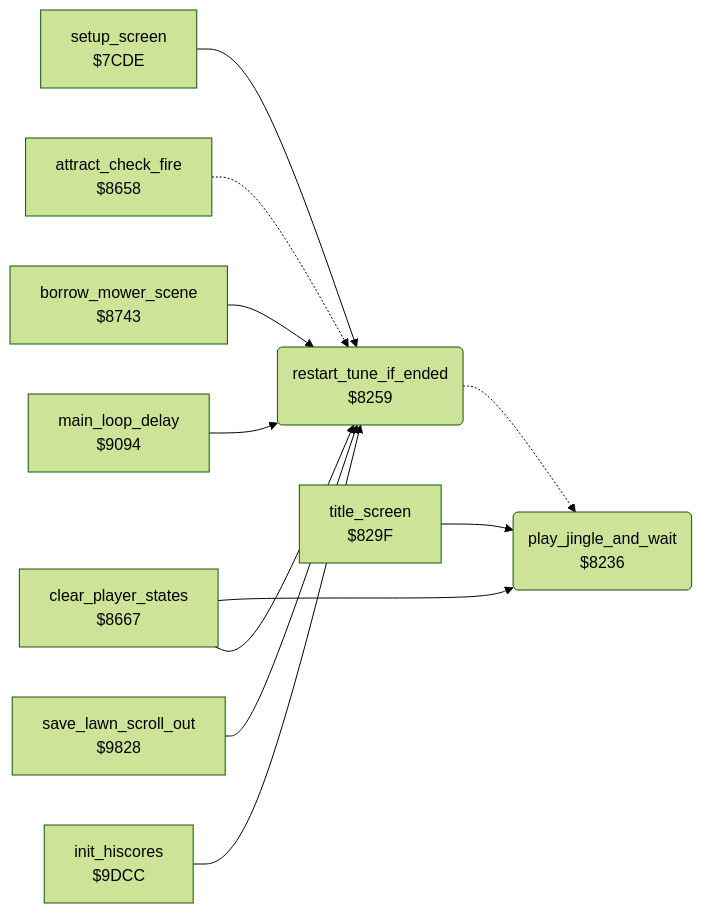
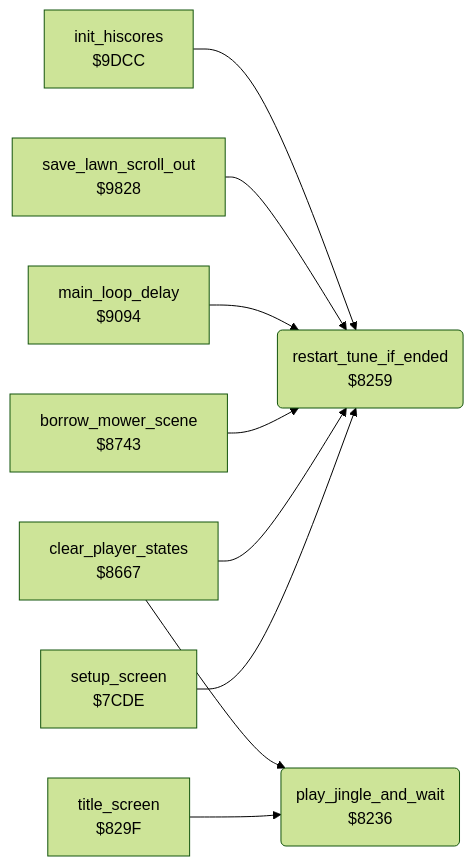
Before and after one commit to henols/c64_games: the diagram in hover_bovver/docs/reference/modules/music/tune_start.md, drawn with Mermaid (forest theme). The commit also changed other lines of this file and 1100 other files, not shown here.

````diff
--- a/hover_bovver/docs/reference/modules/music/tune_start.md
+++ b/hover_bovver/docs/reference/modules/music/tune_start.md
@@ -10,23 +17,20 @@
 ```mermaid
 flowchart LR
   n7cde["setup_screen<br/>$7CDE"]
   n8236("play_jingle_and_wait<br/>$8236")
   n8259("restart_tune_if_ended<br/>$8259")
   n829f["title_screen<br/>$829F"]
-  n8658["attract_check_fire<br/>$8658"]
   n8667["clear_player_states<br/>$8667"]
   n8743["borrow_mower_scene<br/>$8743"]
   n9094["main_loop_delay<br/>$9094"]
   n9828["save_lawn_scroll_out<br/>$9828"]
   n9dcc["init_hiscores<br/>$9DCC"]
   n7cde --> n8259
-  n8259 -.-> n8236
   n829f --> n8236
-  n8658 -.-> n8259
   n8667 --> n8236
   n8667 --> n8259
   n8743 --> n8259
   n9094 --> n8259
   n9828 --> n8259
   n9dcc --> n8259
 ```
````
